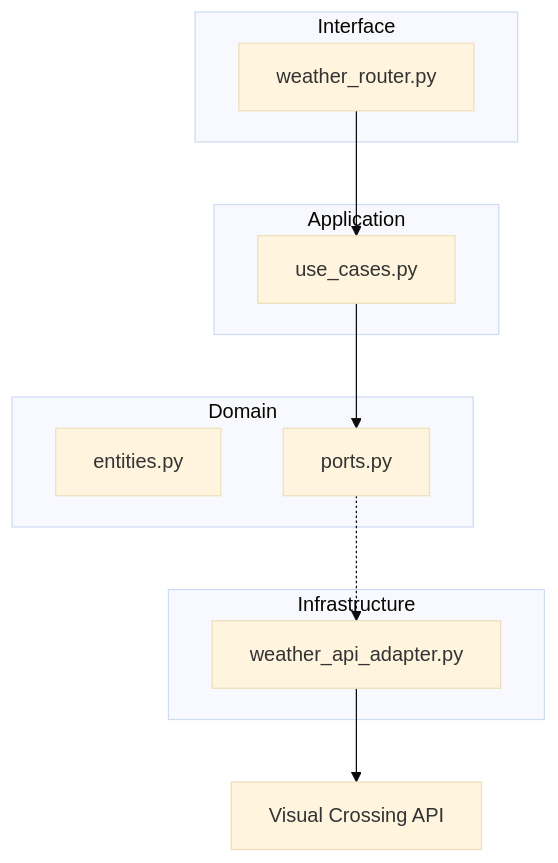
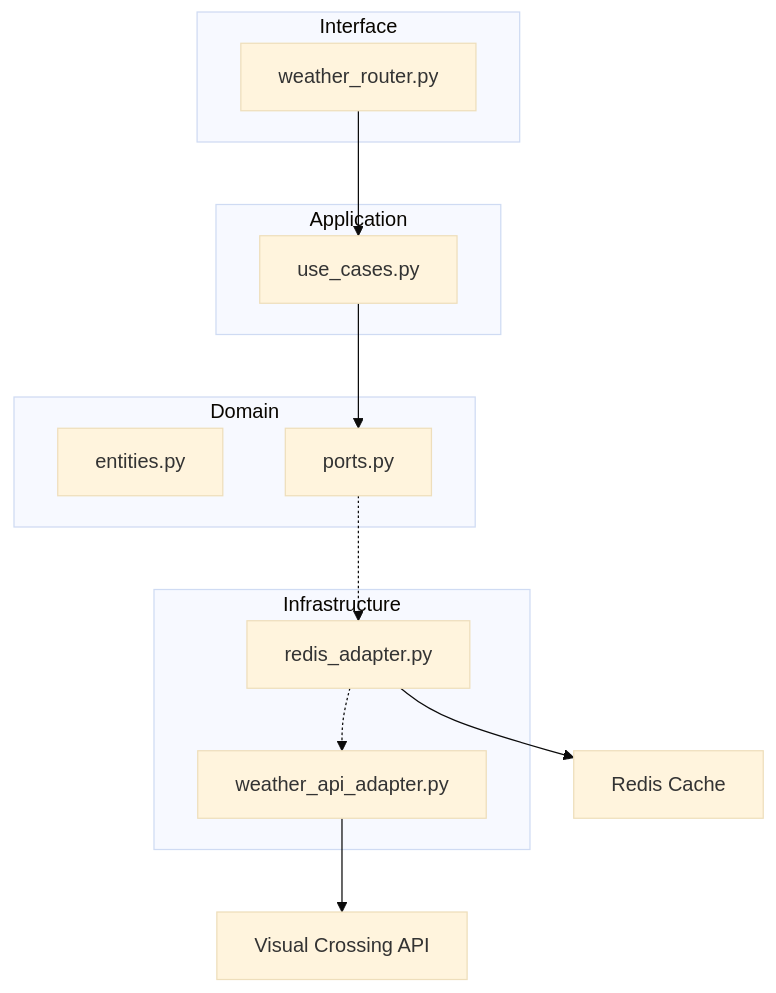
One commit to Matheus904-12/WeatherAPI changed the diagram in README.md. Above: the diagram before and after it, drawn with Mermaid (base theme). The commit also changed other lines of this file, not shown here.

Commit message:
docs: atualiza status, arquitetura e roadmap no README

````diff
--- a/README.md
+++ b/README.md
@@ -20,21 +20,24 @@
 ```mermaid
 graph TD
     subgraph Interface
         R[weather_router.py]
     end
     subgraph Application
         UC[use_cases.py]
     end
     subgraph Domain
         E[entities.py]
         P[ports.py]
     end
     subgraph Infrastructure
+        RA[redis_adapter.py]
         A[weather_api_adapter.py]
     end
 
     R --> UC
     UC --> P
-    P -.-> A
+    P -.-> RA
+    RA -.-> A
     A --> VC[Visual Crossing API]
+    RA --> RD[Redis Cache]
 ```
````
